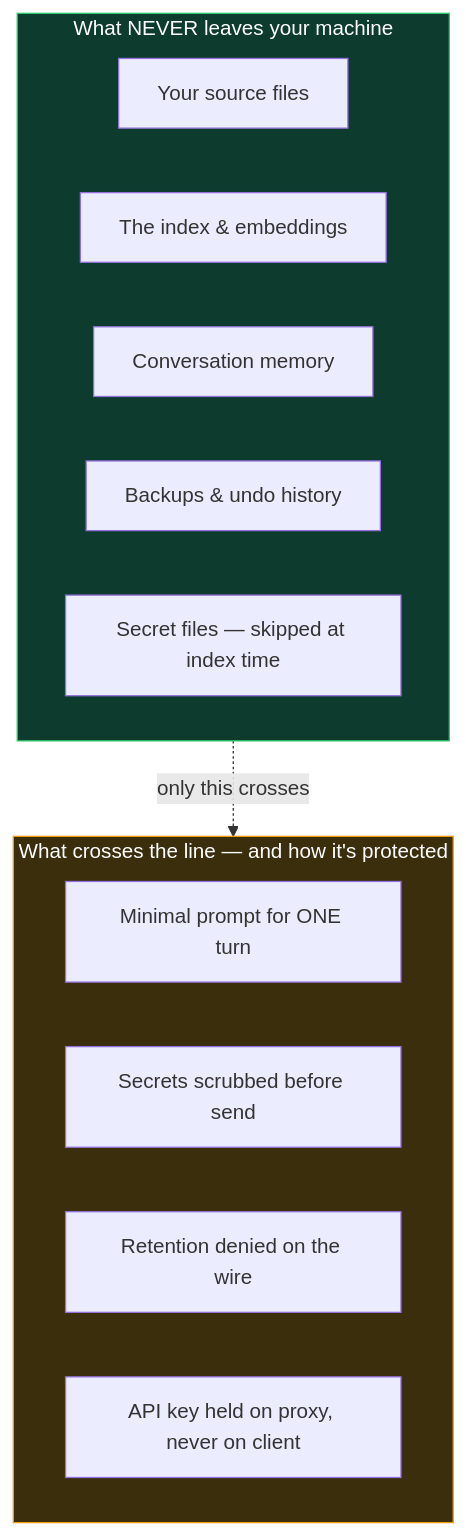
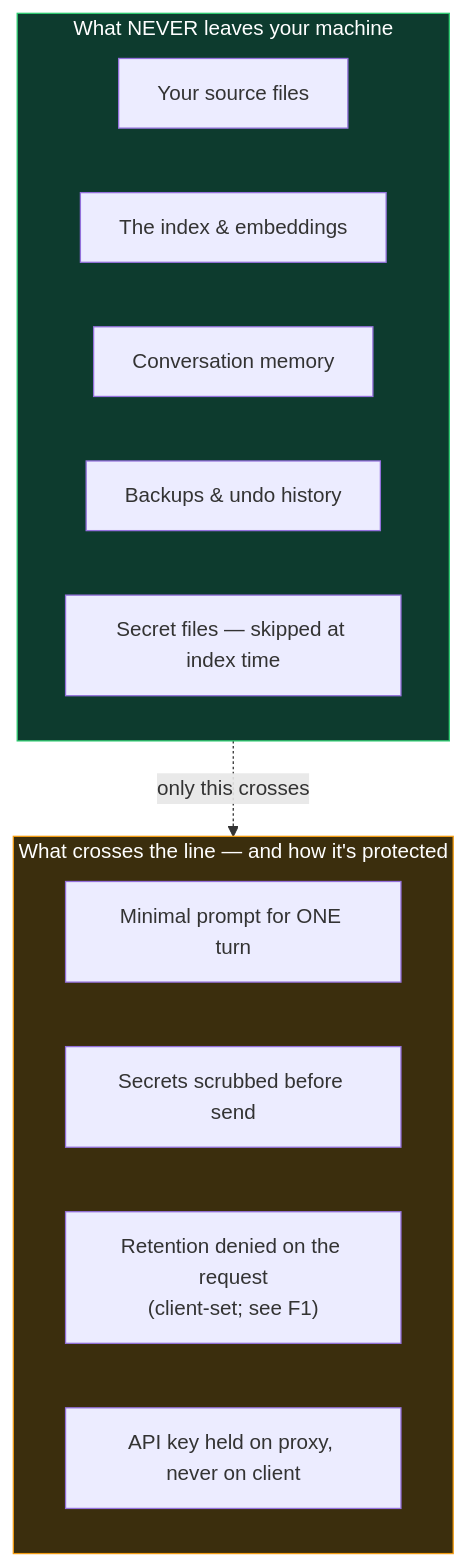
One commit to Rav-2007/codeterminal-core changed the fifth of 6 diagrams in PRODUCT_OVERVIEW.md. Above: the diagram before and after it, drawn with Mermaid. The commit also changed other lines of this file and 1 other file, not shown here.

````diff
--- a/PRODUCT_OVERVIEW.md
+++ b/PRODUCT_OVERVIEW.md
@@ -304,22 +307,22 @@
 ```mermaid
 flowchart TB
     subgraph LOCAL["What NEVER leaves your machine"]
         L1["Your source files"]
         L2["The index & embeddings"]
         L3["Conversation memory"]
         L4["Backups & undo history"]
         L5["Secret files — skipped at index time"]
     end
 
     subgraph WIRE["What crosses the line — and how it's protected"]
         W1["Minimal prompt for ONE turn"]
         W2["Secrets scrubbed before send"]
-        W3["Retention denied on the wire"]
+        W3["Retention denied on the request<br/>(client-set; see F1)"]
         W4["API key held on proxy, never on client"]
     end
 
     LOCAL -.->|"only this crosses"| WIRE
 
     style LOCAL fill:#0d3b2e,stroke:#2ecc71,color:#fff
     style WIRE fill:#3b2e0d,stroke:#f39c12,color:#fff
 ```
````
